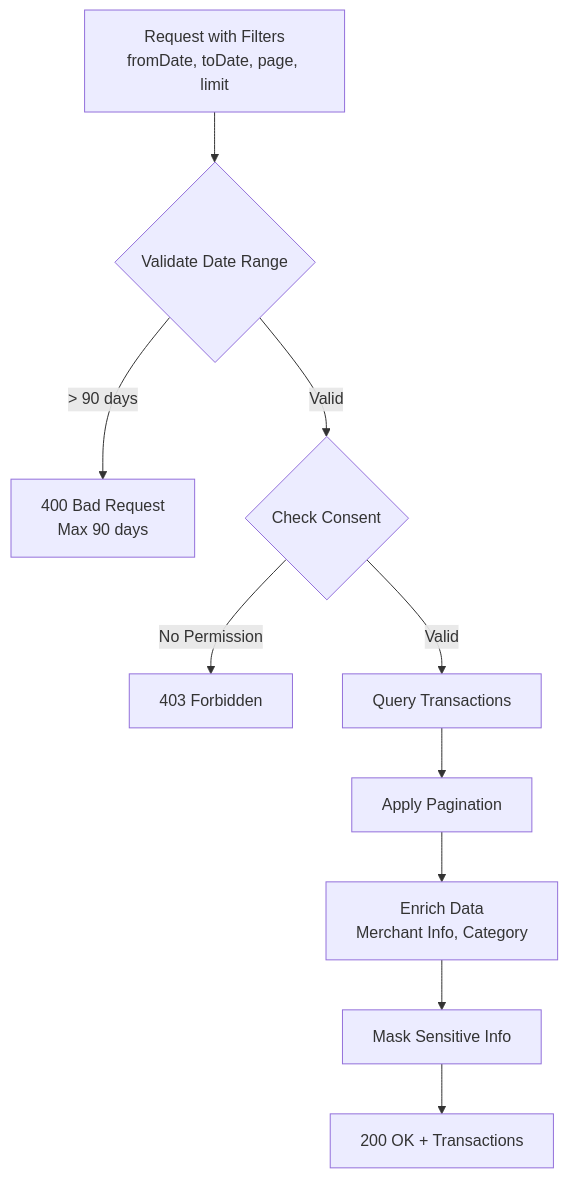
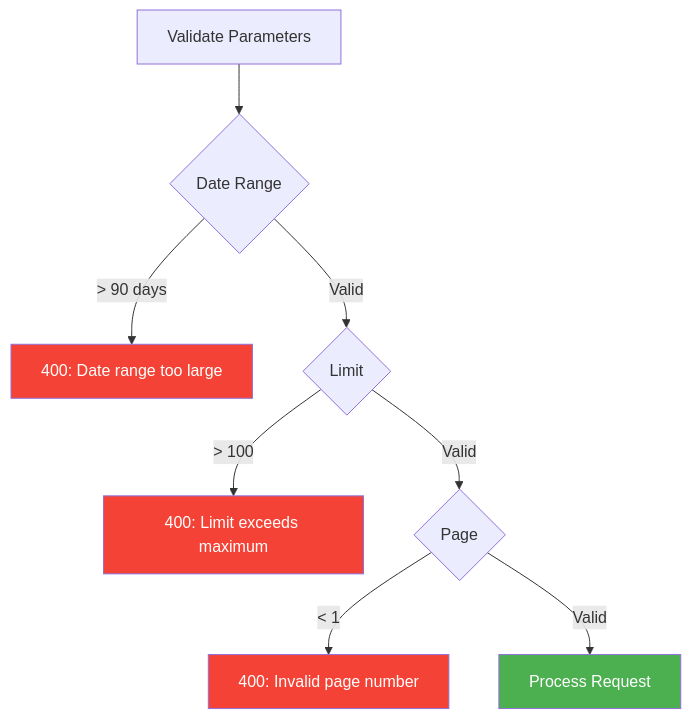
Before and after one commit to huuhoait/openbanking-vn-specs: the fourth of 11 diagrams in 04-Dich-vu-Tai-khoan-AIS.md, drawn with Mermaid. The commit also changed other lines of this file and 14 other files, not shown here.

````diff
--- a/04-Dich-vu-Tai-khoan-AIS.md
+++ b/04-Dich-vu-Tai-khoan-AIS.md
@@ -170,16 +375,19 @@
 ```mermaid
 graph TB
-    Request[Request with Filters<br/>fromDate, toDate, page, limit]
+    Validate[Validate Parameters]
     
-    Request --> Validate{Validate Date Range}
-    Validate -->|> 90 days| Error[400 Bad Request<br/>Max 90 days]
-    Validate -->|Valid| CheckConsent{Check Consent}
+    Validate --> CheckDate{Date Range}
+    CheckDate -->|> 90 days| Error1[400: Date range too large]
+    CheckDate -->|Valid| CheckLimit{Limit}
     
-    CheckConsent -->|No Permission| Error403[403 Forbidden]
-    CheckConsent -->|Valid| Query[Query Transactions]
+    CheckLimit -->|> 100| Error2[400: Limit exceeds maximum]
+    CheckLimit -->|Valid| CheckPage{Page}
     
-    Query --> Paginate[Apply Pagination]
-    Paginate --> Enrich[Enrich Data<br/>Merchant Info, Category]
-    Enrich --> Mask[Mask Sensitive Info]
-    Mask --> Response[200 OK + Transactions]
+    CheckPage -->|< 1| Error3[400: Invalid page number]
+    CheckPage -->|Valid| Process[Process Request]
+    
+    style Error1 fill:#f44336,color:#fff
+    style Error2 fill:#f44336,color:#fff
+    style Error3 fill:#f44336,color:#fff
+    style Process fill:#4CAF50,color:#fff
 ```
````
